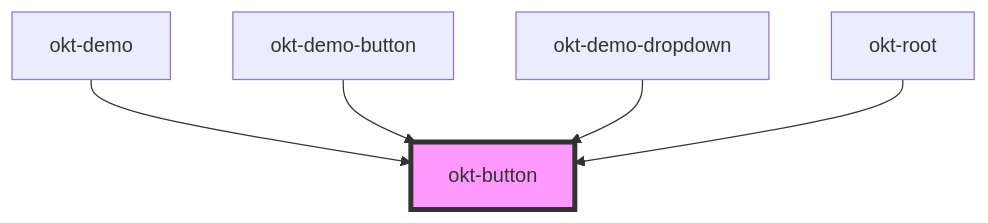
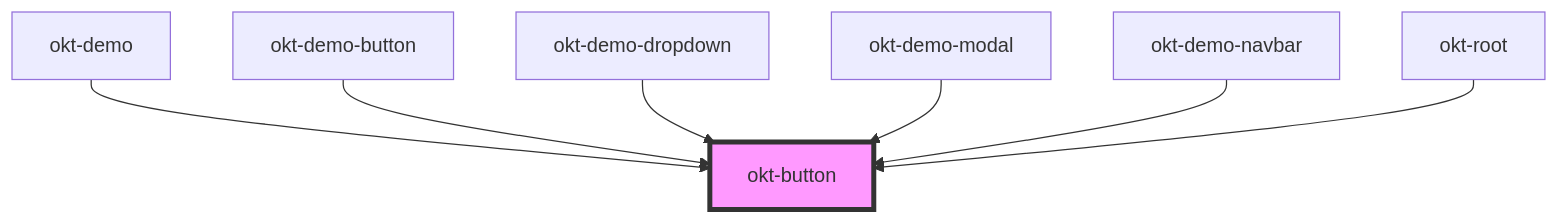
Before and after one commit to oktopusdgtl/bulma-components: the diagram in src/components/button/readme.md, drawn with Mermaid. The commit also changed other lines of this file and 37 other files, not shown here.

````diff
--- a/src/components/button/readme.md
+++ b/src/components/button/readme.md
@@ -39,8 +41,10 @@
 ```mermaid
 graph TD;
   okt-demo --> okt-button
   okt-demo-button --> okt-button
   okt-demo-dropdown --> okt-button
+  okt-demo-modal --> okt-button
+  okt-demo-navbar --> okt-button
   okt-root --> okt-button
   style okt-button fill:#f9f,stroke:#333,stroke-width:4px
 ```
````
